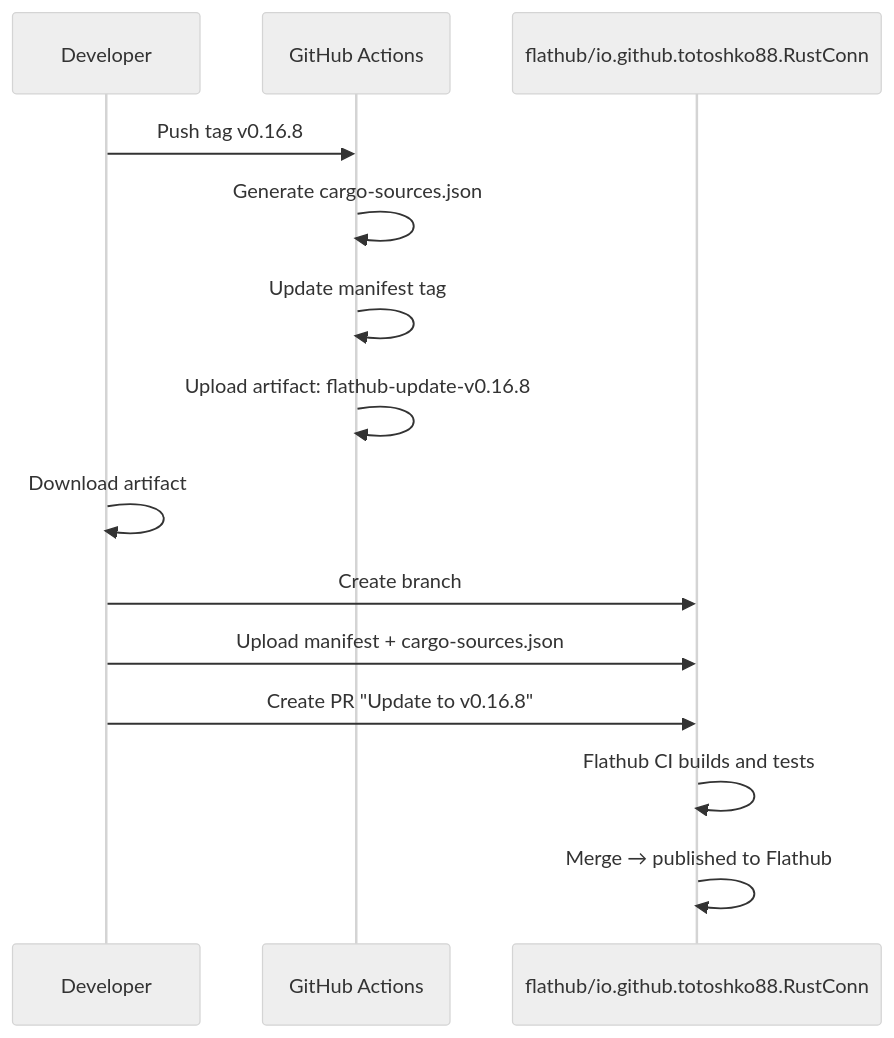
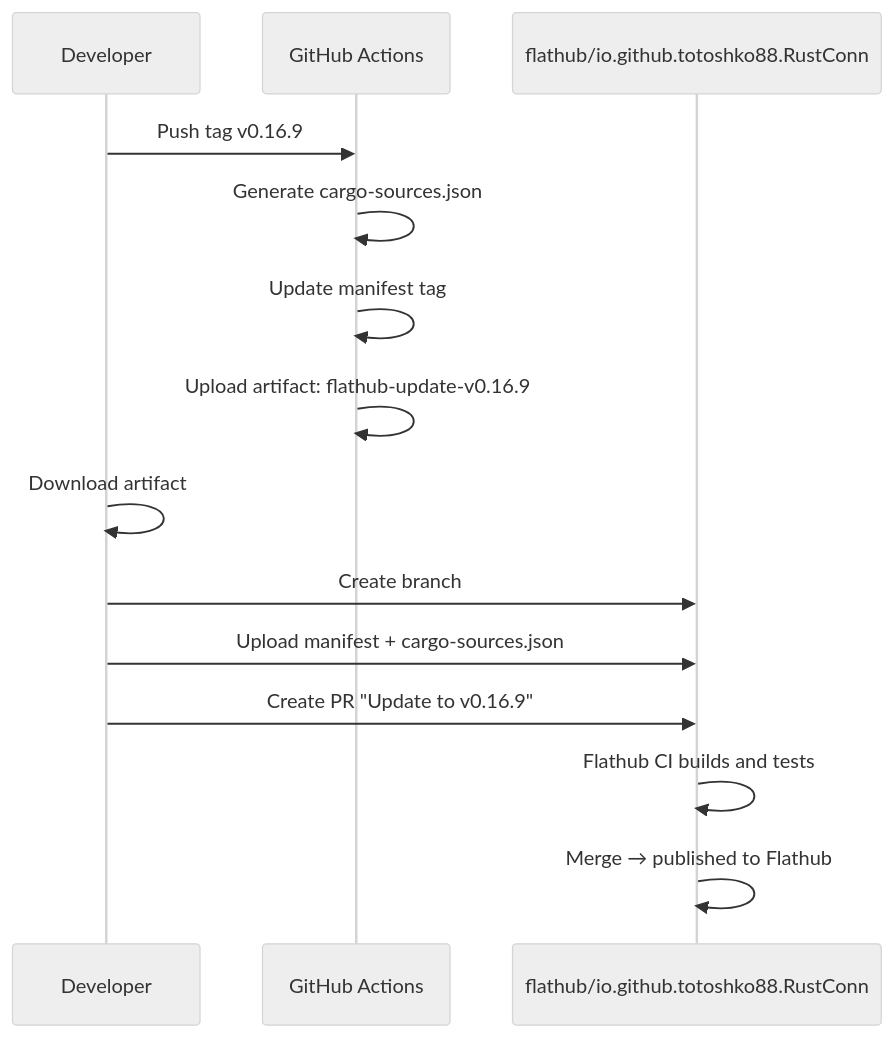
One commit to dwetscher/RustConn changed the sixth of 6 diagrams in docs/CI_BUILD_FLOW.md. Above: the diagram before and after it, drawn with Mermaid (neutral theme). The commit also changed other lines of this file and 33 other files, not shown here.

````diff
--- a/docs/CI_BUILD_FLOW.md
+++ b/docs/CI_BUILD_FLOW.md
@@ -245,18 +245,18 @@
 ```mermaid
 sequenceDiagram
     participant Dev as Developer
     participant GH as GitHub Actions
     participant FH as flathub/io.github.totoshko88.RustConn
 
-    Dev->>GH: Push tag v0.16.8
+    Dev->>GH: Push tag v0.16.9
     GH->>GH: Generate cargo-sources.json
     GH->>GH: Update manifest tag
-    GH->>GH: Upload artifact: flathub-update-v0.16.8
+    GH->>GH: Upload artifact: flathub-update-v0.16.9
 
     Dev->>Dev: Download artifact
     Dev->>FH: Create branch
     Dev->>FH: Upload manifest + cargo-sources.json
-    Dev->>FH: Create PR "Update to v0.16.8"
+    Dev->>FH: Create PR "Update to v0.16.9"
     FH->>FH: Flathub CI builds and tests
     FH->>FH: Merge → published to Flathub
 ```
````
